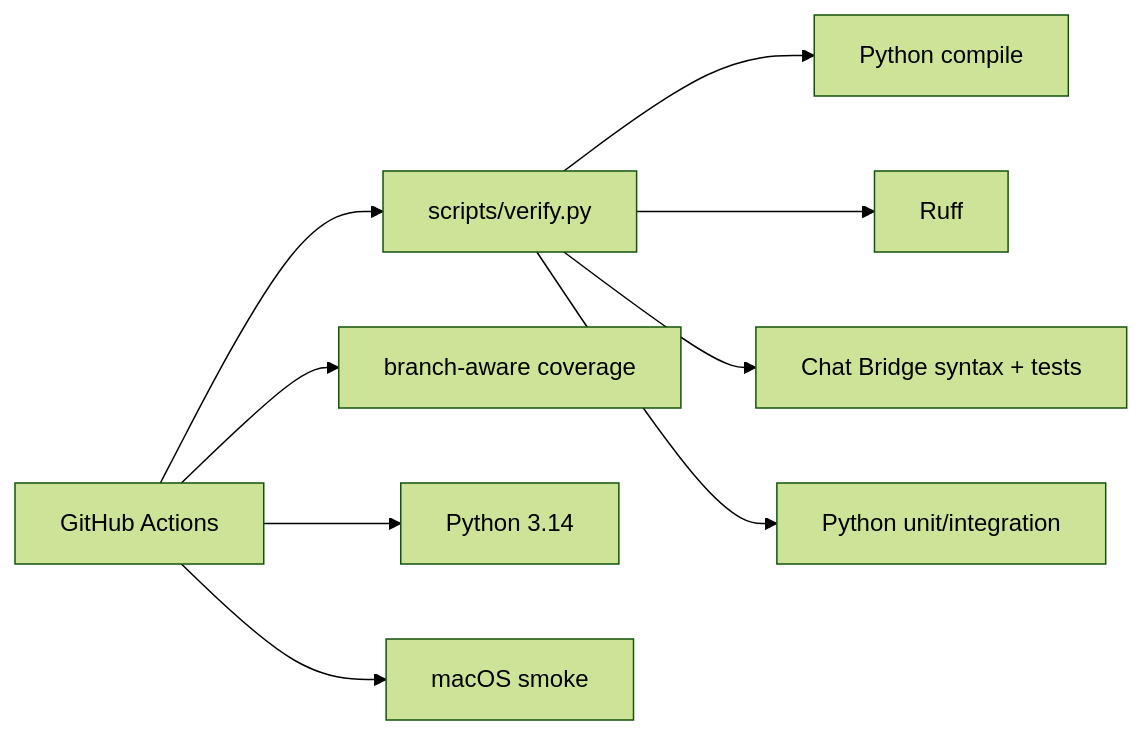
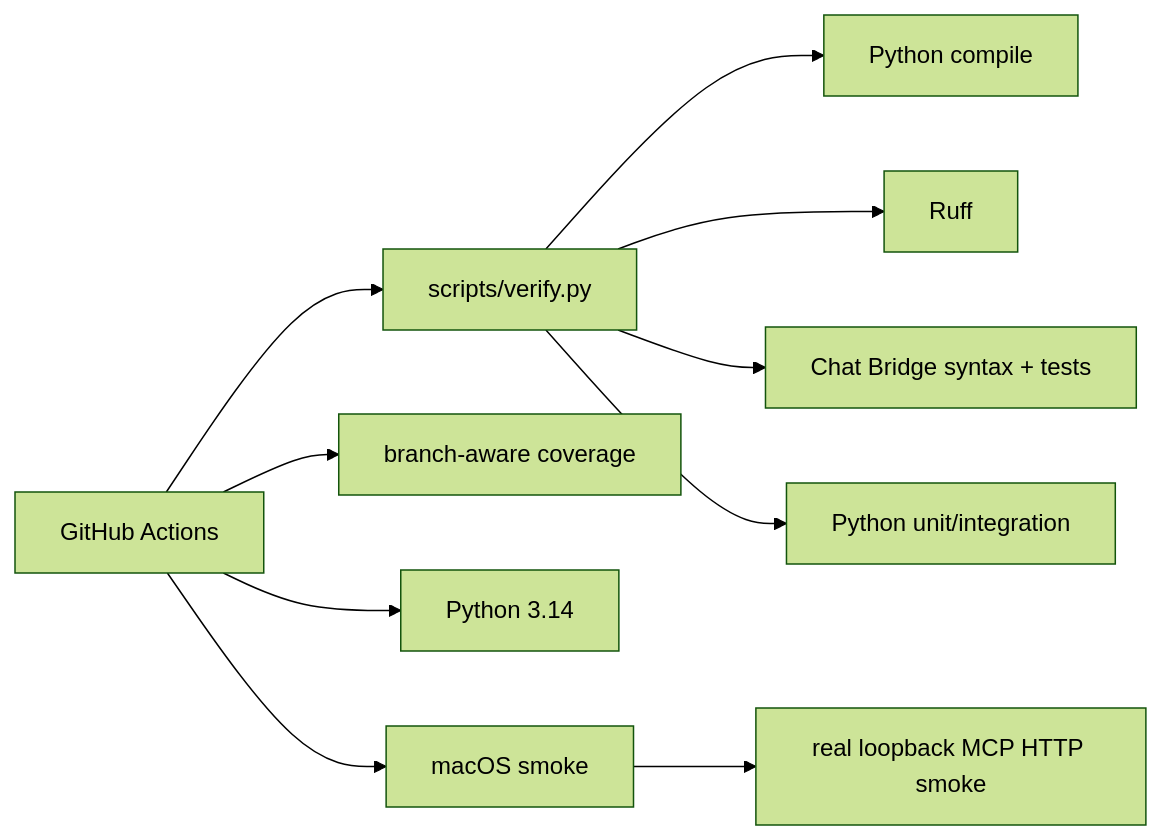
One commit to MichalMatu/local-agent changed the third of 3 diagrams in docs/ARCHITECTURE.md. Above: the diagram before and after it, drawn with Mermaid (forest theme). The commit also changed other lines of this file, not shown here.

Commit message:
Document MCP architecture boundary

````diff
--- a/docs/ARCHITECTURE.md
+++ b/docs/ARCHITECTURE.md
@@ -196,11 +217,12 @@
 ```mermaid
 flowchart LR
     Verify["scripts/verify.py"] --> Compile["Python compile"]
     Verify --> Ruff["Ruff"]
     Verify --> Bridge["Chat Bridge syntax + tests"]
     Verify --> Python["Python unit/integration"]
     CI["GitHub Actions"] --> Verify
     CI --> Coverage["branch-aware coverage"]
     CI --> Py314["Python 3.14"]
     CI --> Mac["macOS smoke"]
+    Mac --> MCPHTTP["real loopback MCP HTTP smoke"]
 ```
````
